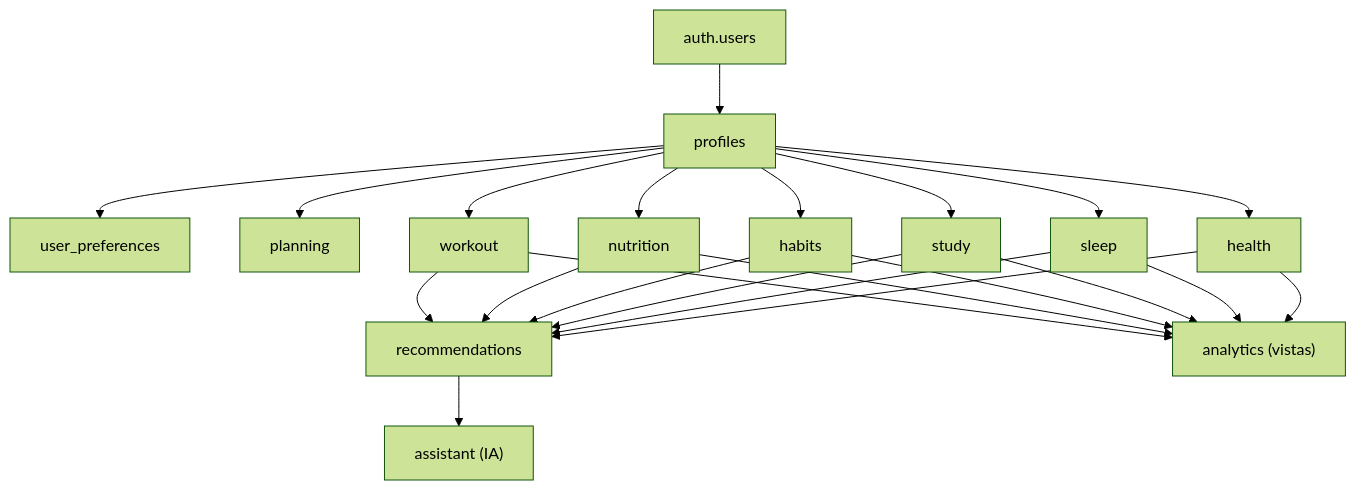
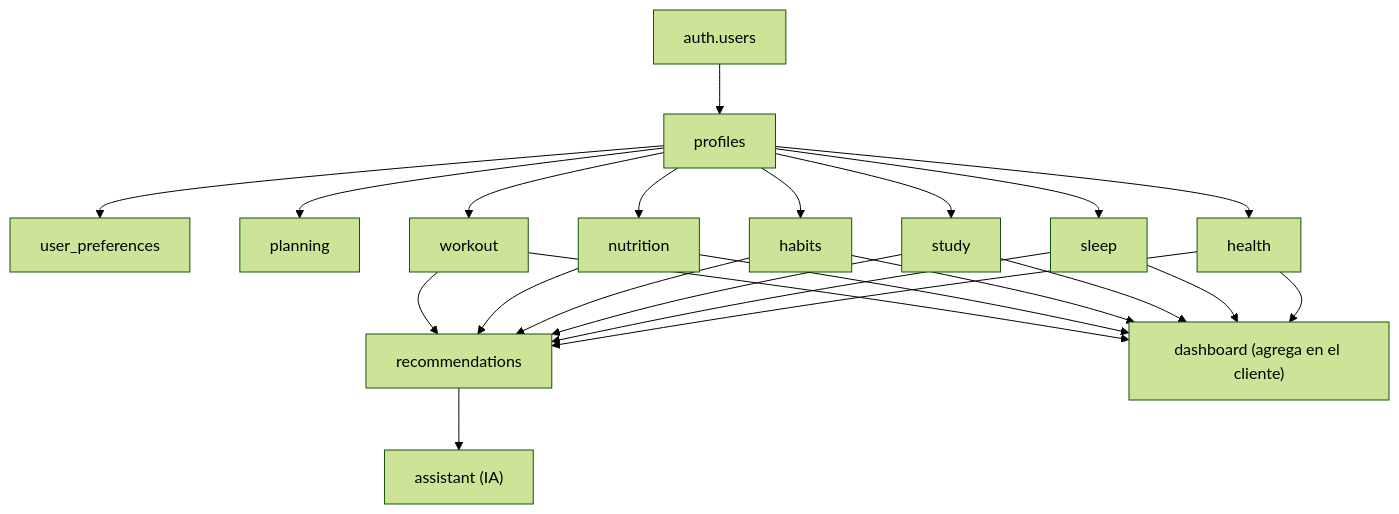
The first of 8 diagrams in docs/04-modelo-de-datos.md (ccamilomc/nexus), drawn with Mermaid (forest theme) before and after one commit. The commit also changed other lines of this file and 7 other files, not shown here.

````diff
--- a/docs/04-modelo-de-datos.md
+++ b/docs/04-modelo-de-datos.md
@@ -43,15 +43,15 @@
 ```mermaid
 flowchart TB
     U["auth.users"] --> P["profiles"]
     P --> PREF["user_preferences"]
     P --> PLAN["planning"]
     P --> WK["workout"]
     P --> NU["nutrition"]
     P --> HA["habits"]
     P --> ST["study"]
     P --> SL["sleep"]
     P --> HE["health"]
     WK & NU & HA & ST & SL & HE --> REC["recommendations"]
     REC --> AS["assistant (IA)"]
-    WK & NU & HA & ST & SL & HE --> AN["analytics (vistas)"]
+    WK & NU & HA & ST & SL & HE --> AN["dashboard (agrega en el cliente)"]
 ```
````
